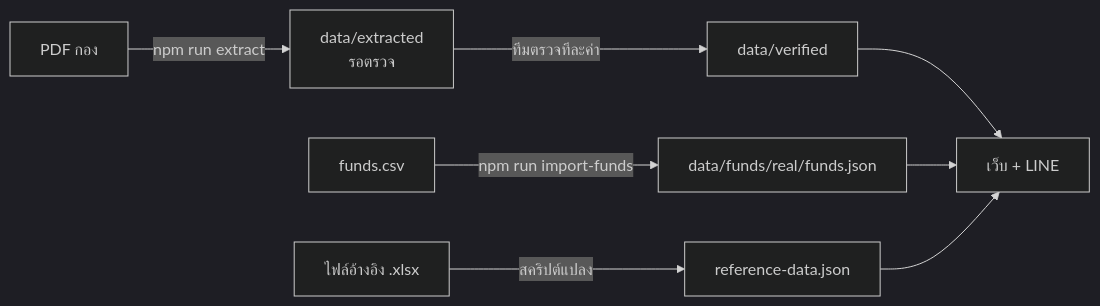
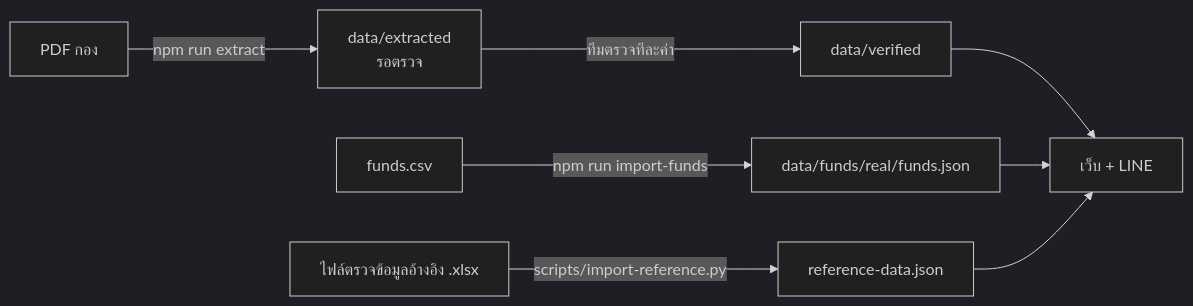
Before and after one commit to NXMMINTT/Lensy-FinLens-AI: the third of 3 diagrams in docs/architecture.md, drawn with Mermaid (dark theme). The commit also changed other lines of this file and 30 other files, not shown here.

````diff
--- a/docs/architecture.md
+++ b/docs/architecture.md
@@ -107,10 +107,10 @@
 ```mermaid
 flowchart LR
   PDF["PDF กอง"] -->|npm run extract| EX["data/extracted<br/>รอตรวจ"]
   EX -->|ทีมตรวจทีละค่า| VER["data/verified"]
   CSV["funds.csv"] -->|npm run import-funds| REAL["data/funds/real/funds.json"]
-  XLSX["ไฟล์อ้างอิง .xlsx"] -->|สคริปต์แปลง| REF["reference-data.json"]
+  XLSX["ไฟล์ตรวจข้อมูลอ้างอิง .xlsx"] -->|scripts/import-reference.py| REF["reference-data.json"]
   VER --> APP["เว็บ + LINE"]
   REAL --> APP
   REF --> APP
 ```
````
